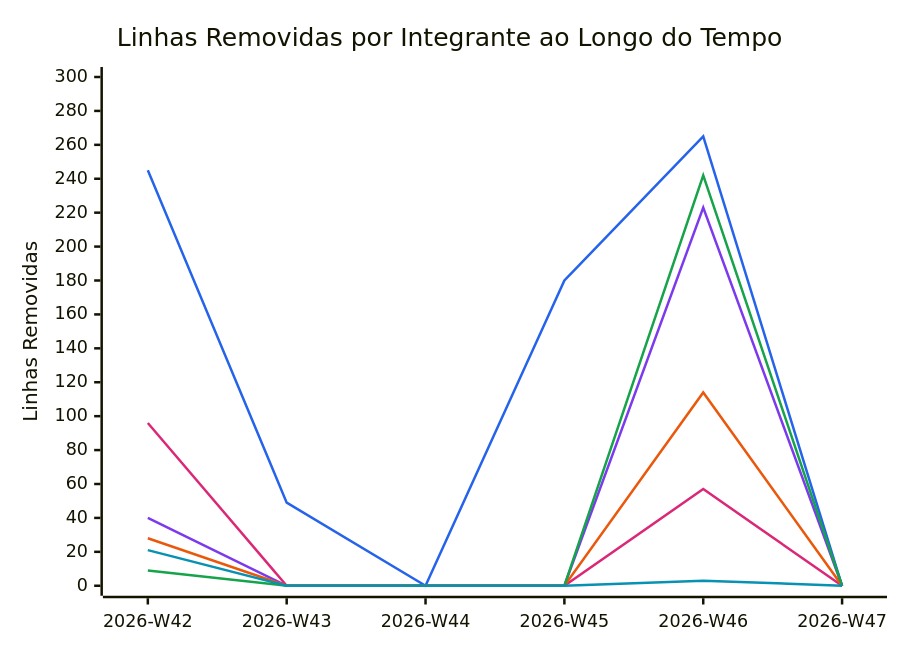
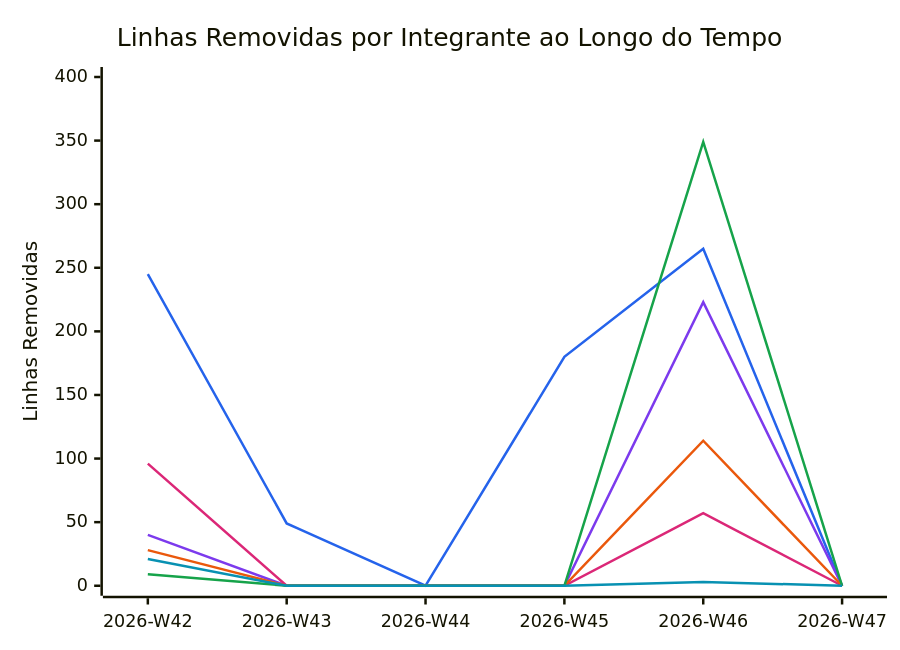
One commit to FCTE-Qualidade-de-Software-1/2026-2_T02_KAY_MCNULTY changed the diagram in snippets/code-deletions.mmd. Above: the diagram before and after it, drawn with Mermaid. The commit also changed 5 other files, not shown here.

```diff
--- a/snippets/code-deletions.mmd
+++ b/snippets/code-deletions.mmd
@@ -1,11 +1,11 @@
 %%{init: {"themeVariables": {"xyChart": {"plotColorPalette": "#2563eb, #7c3aed, #db2777, #ea580c, #16a34a, #0891b2"}}}}%%
 xychart-beta
     title "Linhas Removidas por Integrante ao Longo do Tempo"
     x-axis ["2026-W42", "2026-W43", "2026-W44", "2026-W45", "2026-W46", "2026-W47"]
-    y-axis "Linhas Removidas" 0 --> 300
+    y-axis "Linhas Removidas" 0 --> 400
     line [245, 49, 0, 180, 265, 0]
     line [40, 0, 0, 0, 223, 0]
     line [96, 0, 0, 0, 57, 0]
     line [28, 0, 0, 0, 114, 0]
-    line [9, 0, 0, 0, 242, 0]
+    line [9, 0, 0, 0, 349, 0]
     line [21, 0, 0, 0, 3, 0]
```
